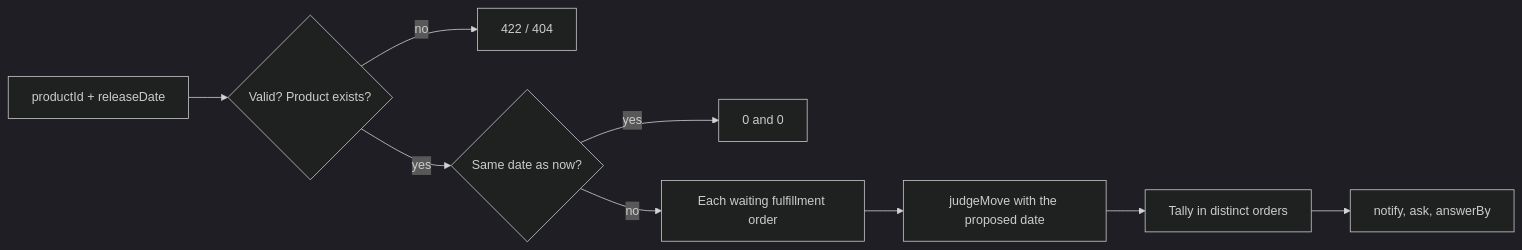
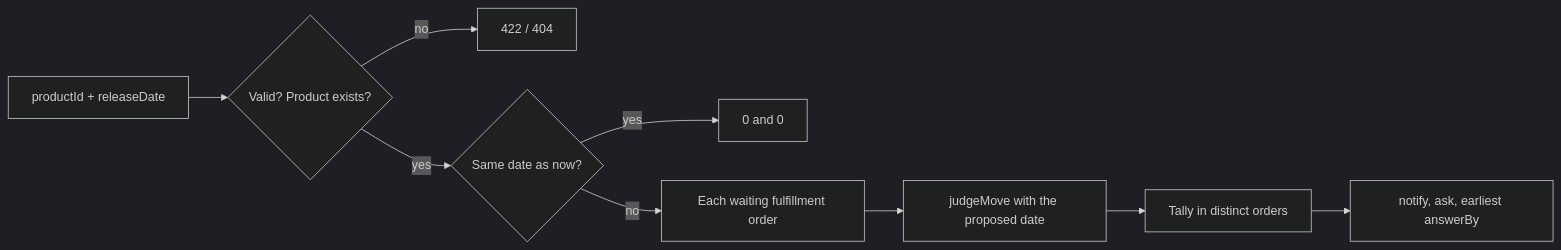
One commit to Guebbit/boilerplate-node-backend changed the sixth of 7 diagrams in docs/modules/delivery.md. Above: the diagram before and after it, drawn with Mermaid (dark theme). The commit also changed other lines of this file and 18 other files, not shown here.

````diff
--- a/docs/modules/delivery.md
+++ b/docs/modules/delivery.md
@@ -315,11 +323,11 @@
 ```mermaid
 flowchart LR
     Q[productId + releaseDate] --> V{Valid? Product exists?}
     V -- no --> R[422 / 404]
     V -- yes --> U{Same date as now?}
     U -- yes --> Z[0 and 0]
     U -- no --> W[Each waiting fulfillment order]
     W --> J[judgeMove with the proposed date]
     J --> T[Tally in distinct orders]
-    T --> O[notify, ask, answerBy]
+    T --> O[notify, ask, earliest answerBy]
 ```
````
